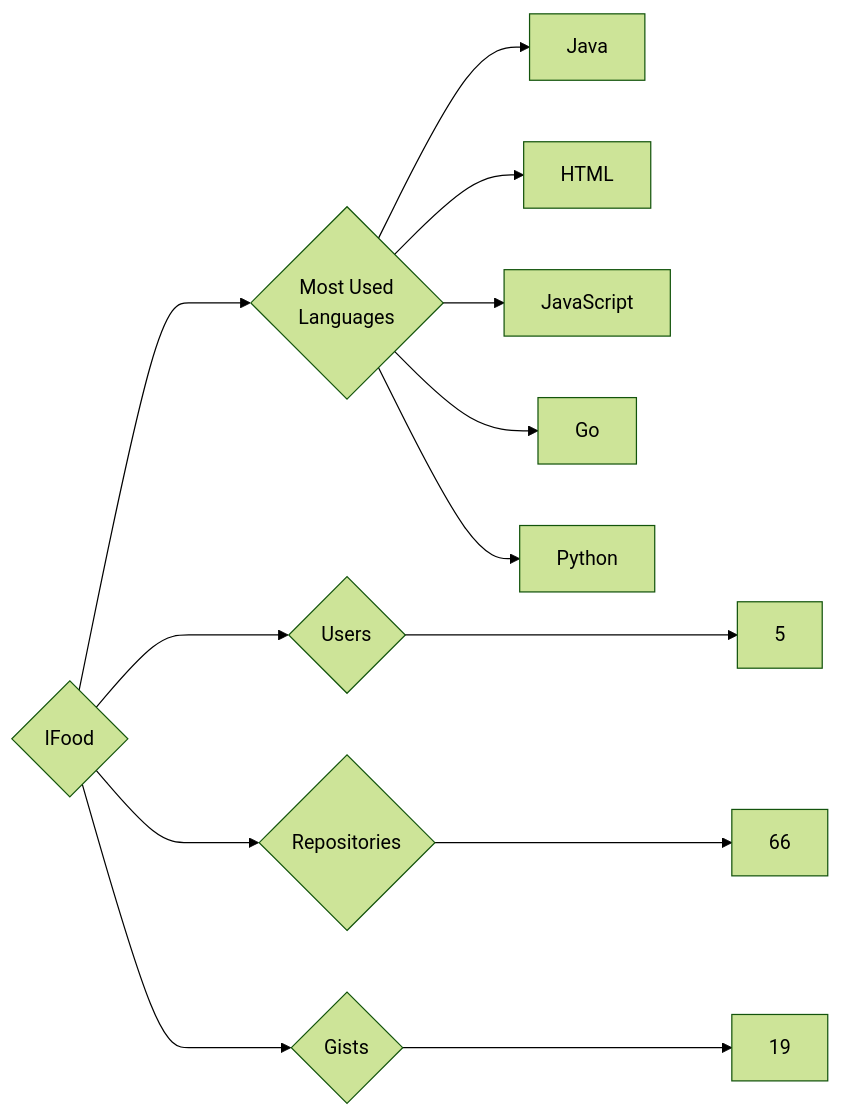
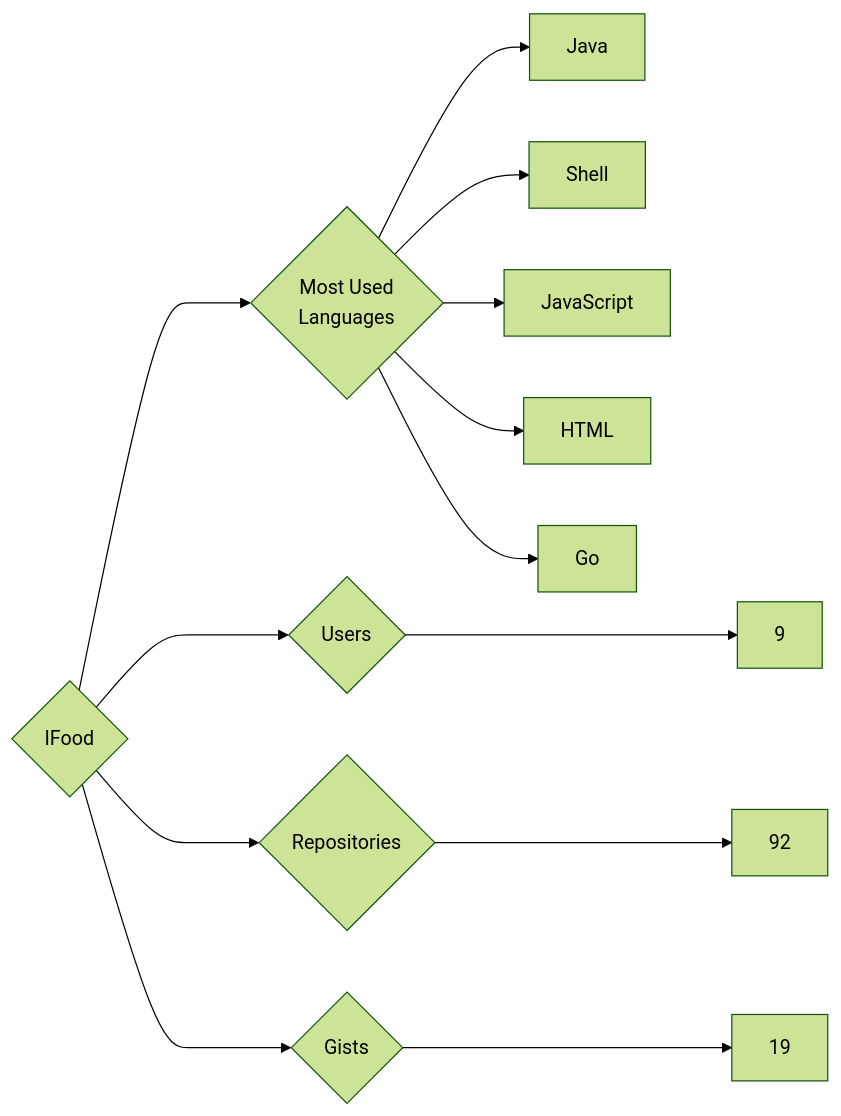
Before and after one commit to trickest/insiders: the diagram in targets/IFood/README.md, drawn with Mermaid (forest theme). The commit also changed 1055 other files, not shown here.

````diff
--- a/targets/IFood/README.md
+++ b/targets/IFood/README.md
@@ -3,13 +3,13 @@
 ```mermaid
 graph LR
 COMPANY_NAME{IFood}
-COMPANY_NAME ---> U{Users} ---> UN[5]
-COMPANY_NAME ---> R{Repositories} ---> RN[66]
+COMPANY_NAME ---> U{Users} ---> UN[9]
+COMPANY_NAME ---> R{Repositories} ---> RN[92]
 COMPANY_NAME ---> G{Gists} ---> GN[19]
 COMPANY_NAME ---> ML{Most Used<br>Languages}
 ML --> Java[Java]
+ML --> Shell[Shell]
+ML --> JavaScript[JavaScript]
 ML --> HTML[HTML]
-ML --> JavaScript[JavaScript]
 ML --> Go[Go]
-ML --> Python[Python]
 ```
````
